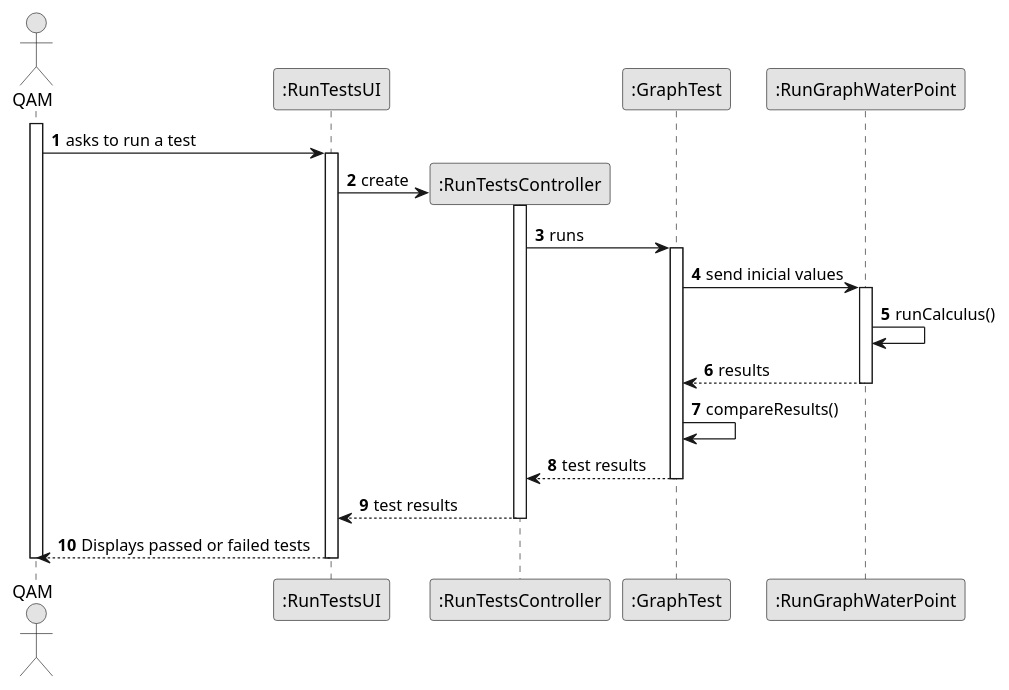
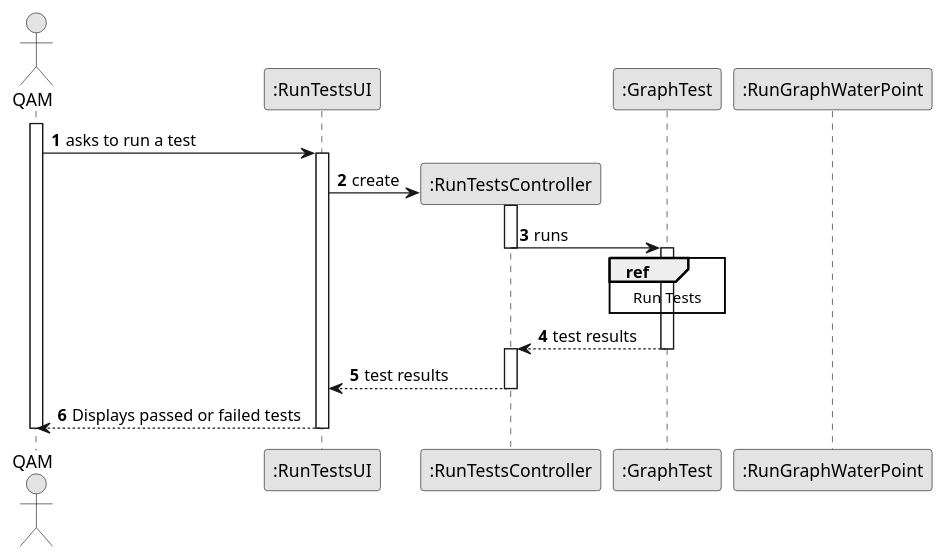
Before and after one commit to ricardomm7/leaflink: the diagram in docs/sprintB/us014/03.design/puml/us014-sequence-diagram-full.puml, drawn with PlantUML. The commit also changed 5 other files, not shown here.

```diff
--- a/docs/sprintB/us014/03.design/puml/us014-sequence-diagram-full.puml
+++ b/docs/sprintB/us014/03.design/puml/us014-sequence-diagram-full.puml
@@ -1,46 +1,49 @@
 @startuml
 skinparam monochrome true
 skinparam packageStyle rectangle
 skinparam shadowing false
 
 autonumber
 
 
 actor "QAM" as QAM
 participant ":RunTestsUI" as UI
 participant ":RunTestsController" as CTRL
 participant ":GraphTest" as Test
 participant ":RunGraphWaterPoint" as RunGraphWP
 activate QAM
 
         QAM -> UI : asks to run a test
 
         activate UI
 
 
             UI -> CTRL** : create
             activate CTRL
 
                 CTRL -> Test : runs
+                deactivate CTRL
                 activate Test
 
-                    Test -> RunGraphWP: send inicial values
-                activate RunGraphWP
+                    ref over Test
+                                            Run Tests
+                                       end
 
-                    RunGraphWP -> RunGraphWP: runCalculus()
-                RunGraphWP --> Test : results
-                deactivate RunGraphWP
-                    Test -> Test : compareResults()
+
+
 
                 Test --> CTRL : test results
+                deactivate  Test
+
+                activate CTRL
             deactivate Test
 
             CTRL --> UI : test results
 
         deactivate CTRL
 
     UI --> QAM : Displays passed or failed tests
     deactivate UI
 deactivate QAM
 
 @enduml
```
